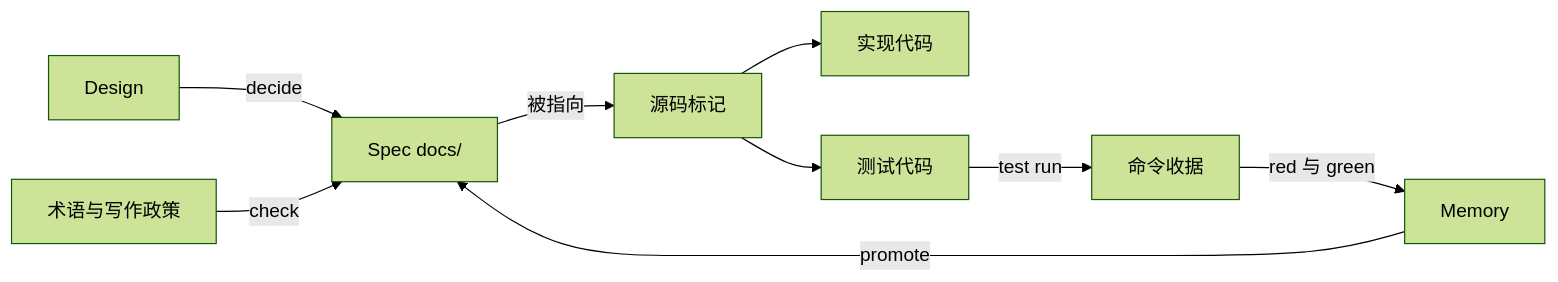
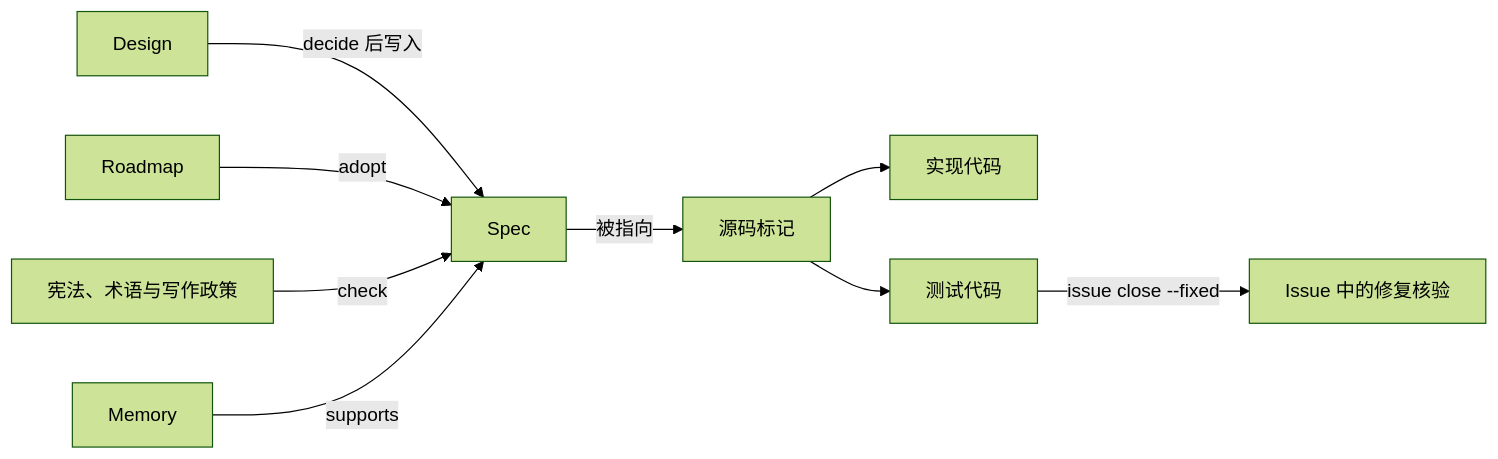
One commit to CorrectRoadH/Concord changed the diagram in docs/why-concord.md. Above: the diagram before and after it, drawn with Mermaid (forest theme). The commit also changed other lines of this file and 5 other files, not shown here.

````diff
--- a/docs/why-concord.md
+++ b/docs/why-concord.md
@@ -26,11 +28,11 @@
 ```mermaid
 flowchart LR
-  C[Spec docs/] -->|被指向| A[源码标记]
+  C[Spec] -->|被指向| A[源码标记]
   A --> I[实现代码]
   A --> T[测试代码]
-  T -->|test run| R[命令收据]
-  R -->|red 与 green| M[Memory]
-  M -->|promote| C
-  D[Design] -->|decide| C
-  G[术语与写作政策] -->|check| C
+  T -->|issue close --fixed| S[Issue 中的修复核验]
+  D[Design] -->|decide 后写入| C
+  R[Roadmap] -->|adopt| C
+  G[宪法、术语与写作政策] -->|check| C
+  K[Memory] -->|supports| C
 ```
````
